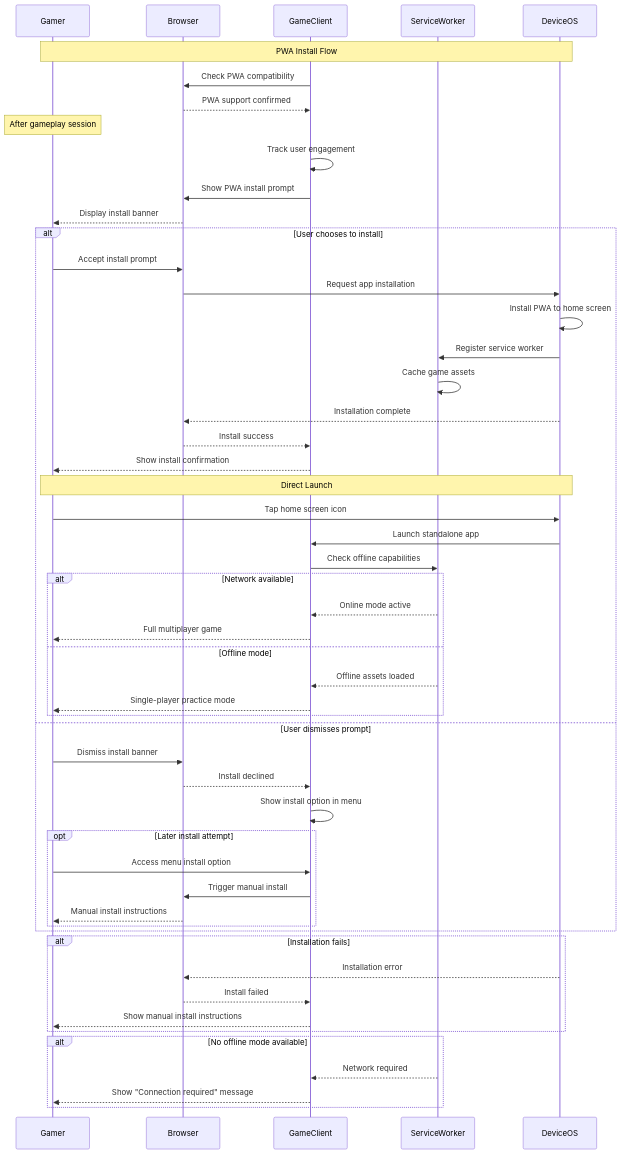
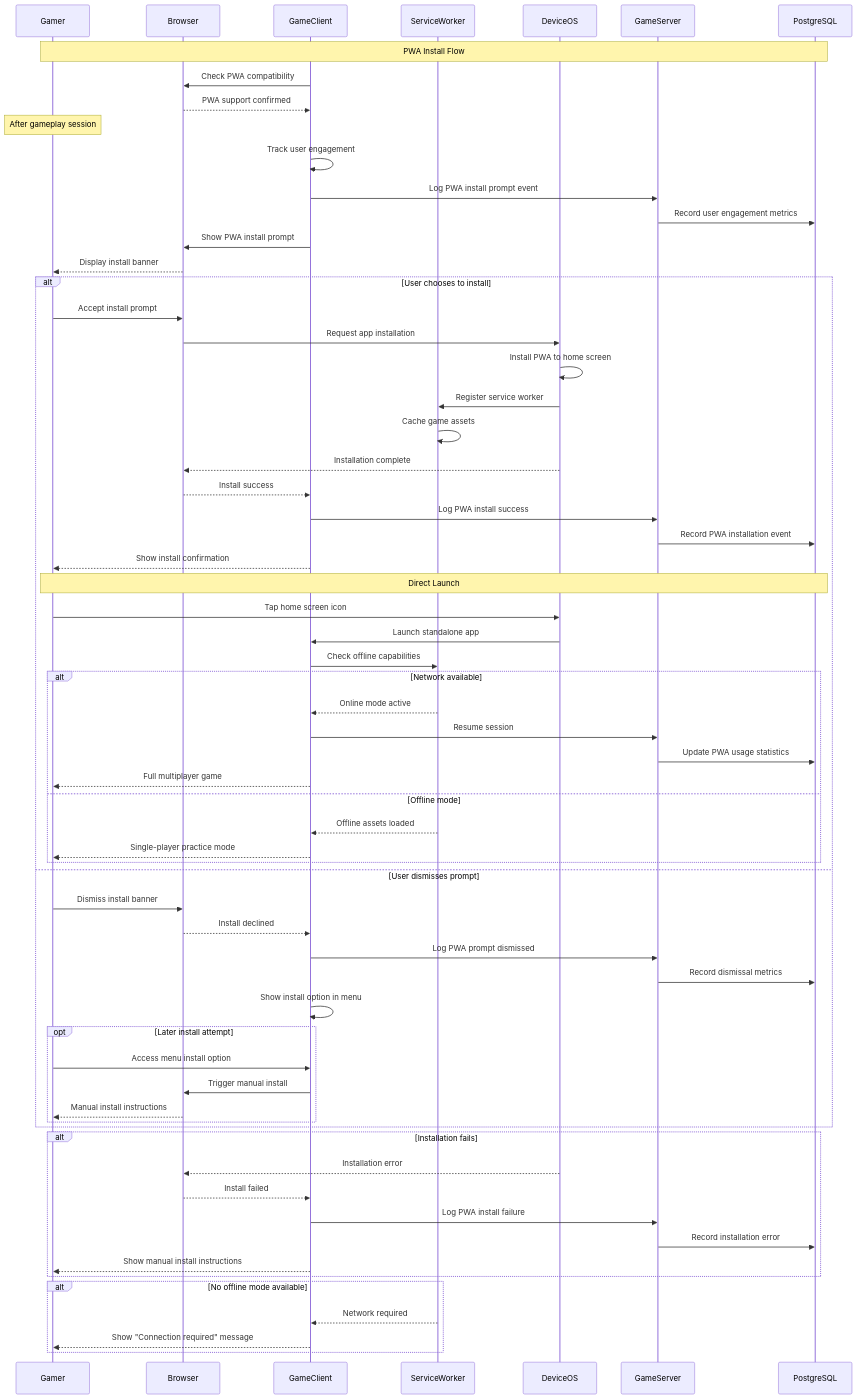
The diagram in docs/sequence-diagrams/gamer/uc-g005-install-as-pwa.md (alexmakeev/bomberman), drawn with Mermaid before and after one commit. The commit also changed 25 other files, not shown here.

First line of the commit message:
Implement unified event system architecture for maximum code reuse

````diff
--- a/docs/sequence-diagrams/gamer/uc-g005-install-as-pwa.md
+++ b/docs/sequence-diagrams/gamer/uc-g005-install-as-pwa.md
@@ -3,62 +3,74 @@
 ```mermaid
 sequenceDiagram
     participant Gamer
     participant Browser
     participant GameClient
     participant ServiceWorker
     participant DeviceOS
+    participant GameServer
+    participant PostgreSQL
 
-    Note over Gamer,DeviceOS: PWA Install Flow
+    Note over Gamer,PostgreSQL: PWA Install Flow
     GameClient->>Browser: Check PWA compatibility
     Browser-->>GameClient: PWA support confirmed
     
     Note over Gamer: After gameplay session
     GameClient->>GameClient: Track user engagement
+    GameClient->>GameServer: Log PWA install prompt event
+    GameServer->>PostgreSQL: Record user engagement metrics
     GameClient->>Browser: Show PWA install prompt
     Browser-->>Gamer: Display install banner
     
     alt User chooses to install
         Gamer->>Browser: Accept install prompt
         Browser->>DeviceOS: Request app installation
         DeviceOS->>DeviceOS: Install PWA to home screen
         DeviceOS->>ServiceWorker: Register service worker
         ServiceWorker->>ServiceWorker: Cache game assets
         DeviceOS-->>Browser: Installation complete
         Browser-->>GameClient: Install success
+        GameClient->>GameServer: Log PWA install success
+        GameServer->>PostgreSQL: Record PWA installation event
         GameClient-->>Gamer: Show install confirmation
         
-        Note over Gamer,DeviceOS: Direct Launch
+        Note over Gamer,PostgreSQL: Direct Launch
         Gamer->>DeviceOS: Tap home screen icon
         DeviceOS->>GameClient: Launch standalone app
         GameClient->>ServiceWorker: Check offline capabilities
         
         alt Network available
             ServiceWorker-->>GameClient: Online mode active
+            GameClient->>GameServer: Resume session
+            GameServer->>PostgreSQL: Update PWA usage statistics
             GameClient-->>Gamer: Full multiplayer game
         else Offline mode
             ServiceWorker-->>GameClient: Offline assets loaded
             GameClient-->>Gamer: Single-player practice mode
         end
     else User dismisses prompt
         Gamer->>Browser: Dismiss install banner
         Browser-->>GameClient: Install declined
+        GameClient->>GameServer: Log PWA prompt dismissed
+        GameServer->>PostgreSQL: Record dismissal metrics
         GameClient->>GameClient: Show install option in menu
         
         opt Later install attempt
             Gamer->>GameClient: Access menu install option
             GameClient->>Browser: Trigger manual install
             Browser-->>Gamer: Manual install instructions
         end
     end
 
     alt Installation fails
         DeviceOS-->>Browser: Installation error
         Browser-->>GameClient: Install failed
+        GameClient->>GameServer: Log PWA install failure
+        GameServer->>PostgreSQL: Record installation error
         GameClient-->>Gamer: Show manual install instructions
     end
 
     alt No offline mode available
         ServiceWorker-->>GameClient: Network required
         GameClient-->>Gamer: Show "Connection required" message
     end
 ```
````
